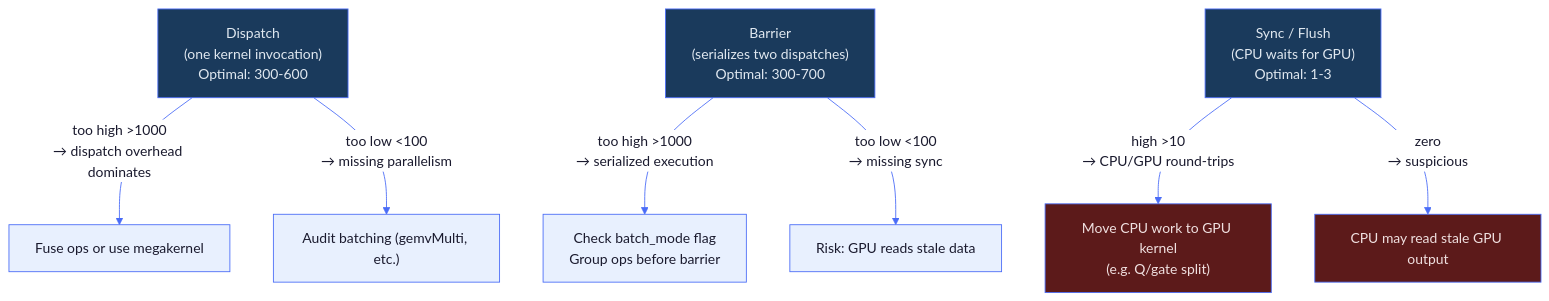
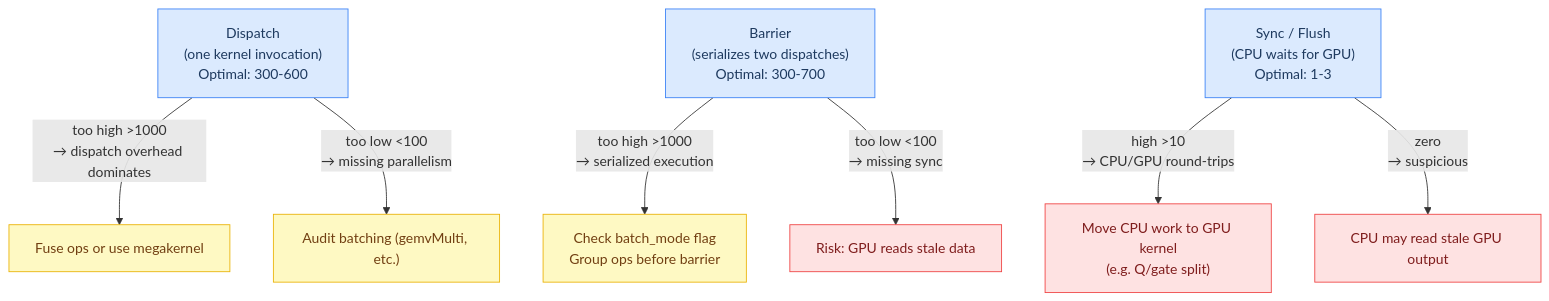
Before and after one commit to maci0/agave: the third of 6 diagrams in docs/tutorial/appendix-profiling.md, drawn with Mermaid. The commit also changed other lines of this file and 24 other files, not shown here.

First line of the commit message:
docs: convert all mermaid diagrams to classDef semantic colors

````diff
--- a/docs/tutorial/appendix-profiling.md
+++ b/docs/tutorial/appendix-profiling.md
@@ -194,35 +196,26 @@
 ```mermaid
-%%{init: {'theme': 'base', 'themeVariables': {
-  'primaryColor': '#e8f0fe',
-  'primaryTextColor': '#1a1a2e',
-  'primaryBorderColor': '#4a6cf7',
-  'lineColor': '#4a6cf7',
-  'secondaryColor': '#f0f4ff',
-  'tertiaryColor': '#f8f9ff',
-  'edgeLabelBackground': '#ffffff',
-  'clusterBkg': '#f0f4ff',
-  'clusterBorder': '#4a6cf7',
-  'titleColor': '#1a1a2e',
-  'nodeTextColor': '#1a1a2e',
-  'fontFamily': 'ui-monospace, SFMono-Regular, monospace'
-}}}%%
 graph TD
-    Dispatch["Dispatch\n(one kernel invocation)\nOptimal: 300-600"]
-    Barrier["Barrier\n(serializes two dispatches)\nOptimal: 300-700"]
-    Sync["Sync / Flush\n(CPU waits for GPU)\nOptimal: 1-3"]
+    classDef setup     fill:#dbeafe,stroke:#3b82f6,color:#1e3a5f
+    classDef sync      fill:#dcfce7,stroke:#22c55e,color:#14532d
+    classDef migration fill:#fef9c3,stroke:#eab308,color:#713f12
+    classDef success   fill:#bbf7d0,stroke:#16a34a,color:#14532d
+    classDef danger    fill:#fee2e2,stroke:#ef4444,color:#7f1d1d
+    classDef optional  fill:#f3e8ff,stroke:#9333ea,color:#581c87
 
-    Dispatch -->|"too high >1000\n→ dispatch overhead dominates"| HighDisp["Fuse ops or use megakernel"]
-    Dispatch -->|"too low <100\n→ missing parallelism"| LowDisp["Audit batching (gemvMulti, etc.)"]
+    Dispatch["Dispatch\n(one kernel invocation)\nOptimal: 300-600"]:::setup
+    Barrier["Barrier\n(serializes two dispatches)\nOptimal: 300-700"]:::setup
+    Sync["Sync / Flush\n(CPU waits for GPU)\nOptimal: 1-3"]:::setup
+    HighDisp["Fuse ops or use megakernel"]:::migration
+    LowDisp["Audit batching (gemvMulti, etc.)"]:::migration
+    HighBarr["Check batch_mode flag\nGroup ops before barrier"]:::migration
+    LowBarr["Risk: GPU reads stale data"]:::danger
+    HighSync["Move CPU work to GPU kernel\n(e.g. Q/gate split)"]:::danger
+    ZeroSync["CPU may read stale GPU output"]:::danger
 
-    Barrier -->|"too high >1000\n→ serialized execution"| HighBarr["Check batch_mode flag\nGroup ops before barrier"]
-    Barrier -->|"too low <100\n→ missing sync"| LowBarr["Risk: GPU reads stale data"]
-
-    Sync -->|"high >10\n→ CPU/GPU round-trips"| HighSync["Move CPU work to GPU kernel\n(e.g. Q/gate split)"]
-    Sync -->|"zero\n→ suspicious"| ZeroSync["CPU may read stale GPU output"]
-
-    style Dispatch fill:#1a3a5c,color:#e0e8f0
-    style Barrier fill:#1a3a5c,color:#e0e8f0
-    style Sync fill:#1a3a5c,color:#e0e8f0
-    style HighSync fill:#5c1a1a,color:#f0e0e0
-    style ZeroSync fill:#5c1a1a,color:#f0e0e0
+    Dispatch -->|"too high >1000\n→ dispatch overhead dominates"| HighDisp
+    Dispatch -->|"too low <100\n→ missing parallelism"| LowDisp
+    Barrier -->|"too high >1000\n→ serialized execution"| HighBarr
+    Barrier -->|"too low <100\n→ missing sync"| LowBarr
+    Sync -->|"high >10\n→ CPU/GPU round-trips"| HighSync
+    Sync -->|"zero\n→ suspicious"| ZeroSync
 ```
````
